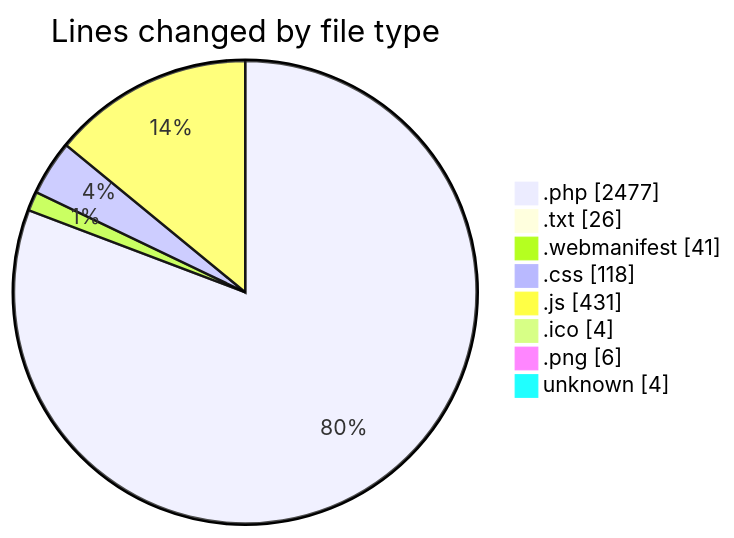
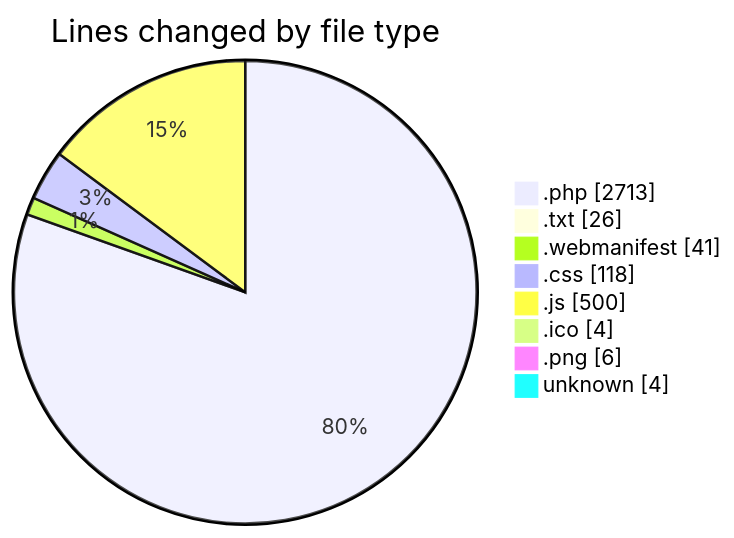
Before and after one commit to lephambinh05/code-tracking: the first of 2 diagrams in 2025-08-20/quytuthien_vn/README.md, drawn with Mermaid. The commit also changed other lines of this file and 1 other file, not shown here.

````diff
--- a/2025-08-20/quytuthien_vn/README.md
+++ b/2025-08-20/quytuthien_vn/README.md
@@ -83,12 +84,12 @@
 ```mermaid
 pie showData
 title Lines changed by file type
-".php" : 2477
+".php" : 2713
 ".txt" : 26
 ".webmanifest" : 41
 ".css" : 118
-".js" : 431
+".js" : 500
 ".ico" : 4
 ".png" : 6
 "unknown" : 4
 ```
````
